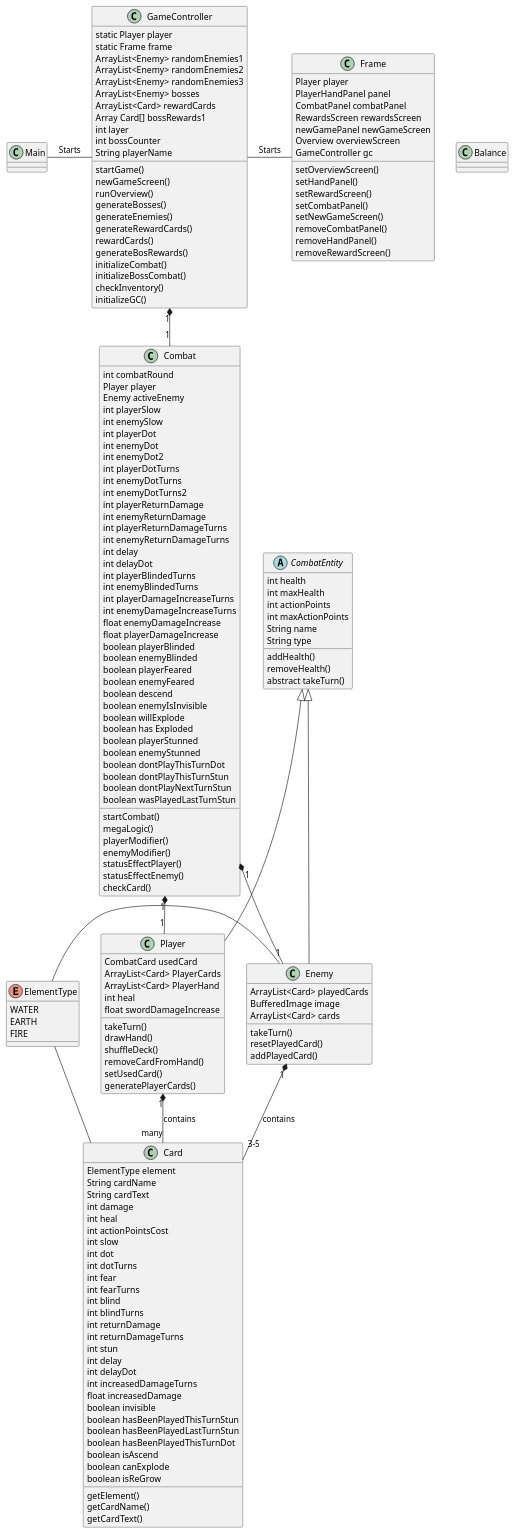
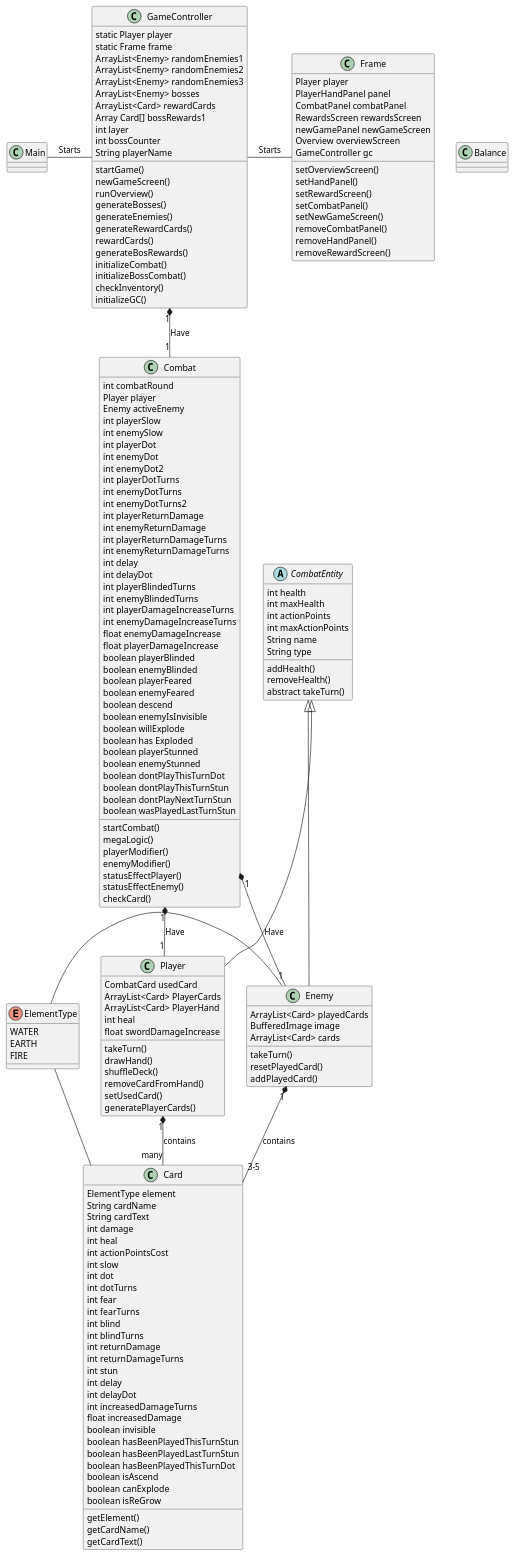
The diagram in src/resources/ClassDiagram-v1.puml (Mads725/SP4test-UML), drawn with PlantUML before and after one commit.

```diff
--- a/src/resources/ClassDiagram-v1.puml
+++ b/src/resources/ClassDiagram-v1.puml
@@ -1,190 +1,189 @@
 @startuml
 'https://plantuml.com/class-diagram
 
 class Main
 
 enum ElementType {
 WATER
 EARTH
 FIRE
 }
 
 class GameController {
 static Player player
 static Frame frame
 ArrayList<Enemy> randomEnemies1
 ArrayList<Enemy> randomEnemies2
 ArrayList<Enemy> randomEnemies3
 ArrayList<Enemy> bosses
 ArrayList<Card> rewardCards
 Array Card[] bossRewards1
 int layer
 int bossCounter
 String playerName
 startGame()
 newGameScreen()
 runOverview()
 generateBosses()
 generateEnemies()
 generateRewardCards()
 rewardCards()
 generateBosRewards()
 initializeCombat()
 initializeBossCombat()
 checkInventory()
 initializeGC()
 }
 
 class Combat {
 int combatRound
 Player player
 Enemy activeEnemy
 int playerSlow
 int enemySlow
 int playerDot
 int enemyDot
 int enemyDot2
 int playerDotTurns
 int enemyDotTurns
 int enemyDotTurns2
 int playerReturnDamage
 int enemyReturnDamage
 int playerReturnDamageTurns
 int enemyReturnDamageTurns
 int delay
 int delayDot
 int playerBlindedTurns
 int enemyBlindedTurns
 int playerDamageIncreaseTurns
 int enemyDamageIncreaseTurns
 float enemyDamageIncrease
 float playerDamageIncrease
 boolean playerBlinded
 boolean enemyBlinded
 boolean playerFeared
 boolean enemyFeared
 boolean descend
 boolean enemyIsInvisible
 boolean willExplode
 boolean has Exploded
 boolean playerStunned
 boolean enemyStunned
 boolean dontPlayThisTurnDot
 boolean dontPlayThisTurnStun
 boolean dontPlayNextTurnStun
 boolean wasPlayedLastTurnStun
 
 
 startCombat()
 megaLogic()
 playerModifier()
 enemyModifier()
 statusEffectPlayer()
 statusEffectEnemy()
 checkCard()
 }
 
 abstract class CombatEntity {
 int health
 int maxHealth
 int actionPoints
 int maxActionPoints
 String name
 String type
 addHealth()
 removeHealth()
 abstract takeTurn()
 }
 
 class Player {
 CombatCard usedCard
 ArrayList<Card> PlayerCards
 ArrayList<Card> PlayerHand
 int heal
 float swordDamageIncrease
 takeTurn()
 drawHand()
 shuffleDeck()
 removeCardFromHand()
 setUsedCard()
 generatePlayerCards()
 }
 
 class Enemy{
  ArrayList<Card> playedCards
  BufferedImage image
  ArrayList<Card> cards
 takeTurn()
 resetPlayedCard()
 addPlayedCard()
 }
 
 class Card {
 ElementType element
 String cardName
 String cardText
 int damage
 int heal
 int actionPointsCost
 int slow
 int dot
 int dotTurns
 int fear
 int fearTurns
 int blind
 int blindTurns
 int returnDamage
 int returnDamageTurns
 int stun
 int delay
 int delayDot
 int increasedDamageTurns
 float increasedDamage
 boolean invisible
 boolean hasBeenPlayedThisTurnStun
 boolean hasBeenPlayedLastTurnStun
 boolean hasBeenPlayedThisTurnDot
 boolean isAscend
 boolean canExplode
 boolean isReGrow
 getElement()
 getCardName()
 getCardText()
 }
 
 class Balance {
 }
 
 class Frame {
 Player player
 PlayerHandPanel panel
 CombatPanel combatPanel
 RewardsScreen rewardsScreen
 newGamePanel newGameScreen
 Overview overviewScreen
 GameController gc
 setOverviewScreen()
 setHandPanel()
 setRewardScreen()
 setCombatPanel()
 setNewGameScreen()
 removeCombatPanel()
 removeHandPanel()
 removeRewardScreen()
 }
 
-
 Main - GameController : Starts
-GameController "1" *-- "1"Combat
-Combat "1" *-- "1" Player
-Combat "1" *-- "1" Enemy
+GameController "1" *-- "1"Combat : Have
+Combat "1" *-- "1" Player : Have
+Combat "1" *-- "1" Enemy : Have
 CombatEntity <|-- Player
 CombatEntity <|-- Enemy
 Player "1" *-- "many" Card : contains
 Enemy "1" *-- "3-5" Card : contains
 ElementType - Enemy
 ElementType - Card
 
 GameController - Frame : Starts
 
 @enduml
```
